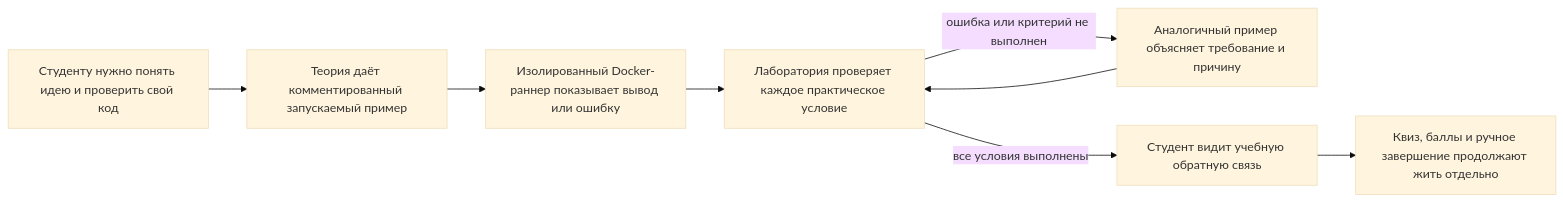
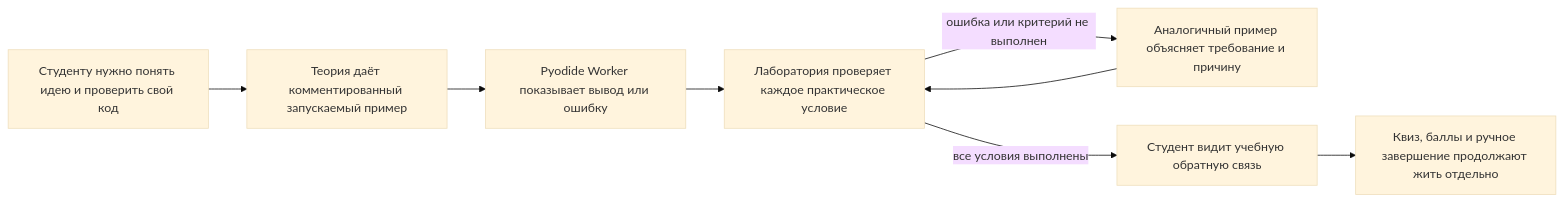
One commit to MeltedOperator/OOP_site changed the first of 2 diagrams in workspace/2026/OOP_20261029-184453_RT/HL-OOP_20261029-184453_RT.md. Above: the diagram before and after it, drawn with Mermaid (base theme). The commit also changed other lines of this file, not shown here.

Commit message:
[codex/OOP_20261029-184453_RT/freeze/coordinator] freeze owner-approved Pyodide contract

````diff
--- a/workspace/2026/OOP_20261029-184453_RT/HL-OOP_20261029-184453_RT.md
+++ b/workspace/2026/OOP_20261029-184453_RT/HL-OOP_20261029-184453_RT.md
@@ -73,10 +74,10 @@
 ```mermaid
 flowchart LR
   N[Студенту нужно понять идею и проверить свой код] --> C[Теория даёт комментированный запускаемый пример]
-  C --> E[Изолированный Docker-раннер показывает вывод или ошибку]
+  C --> E[Pyodide Worker показывает вывод или ошибку]
   E --> L[Лаборатория проверяет каждое практическое условие]
   L -->|ошибка или критерий не выполнен| A[Аналогичный пример объясняет требование и причину]
   A --> L
   L -->|все условия выполнены| U[Студент видит учебную обратную связь]
   U --> O[Квиз, баллы и ручное завершение продолжают жить отдельно]
 ```
````
